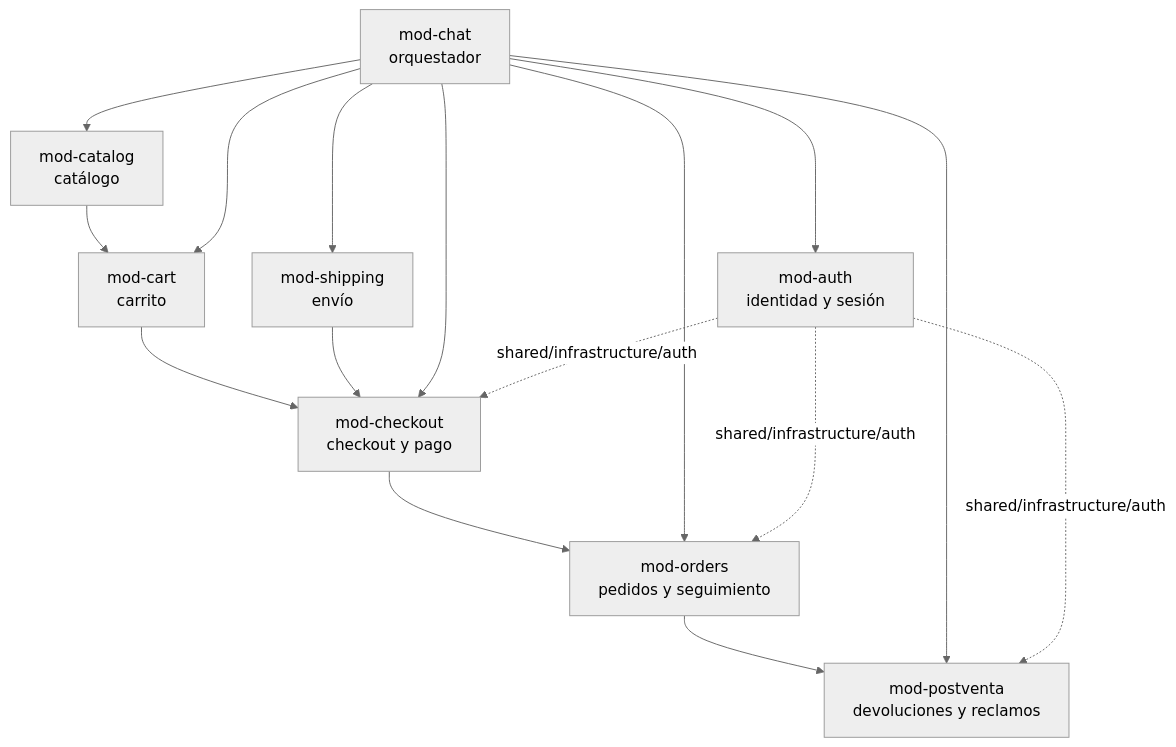
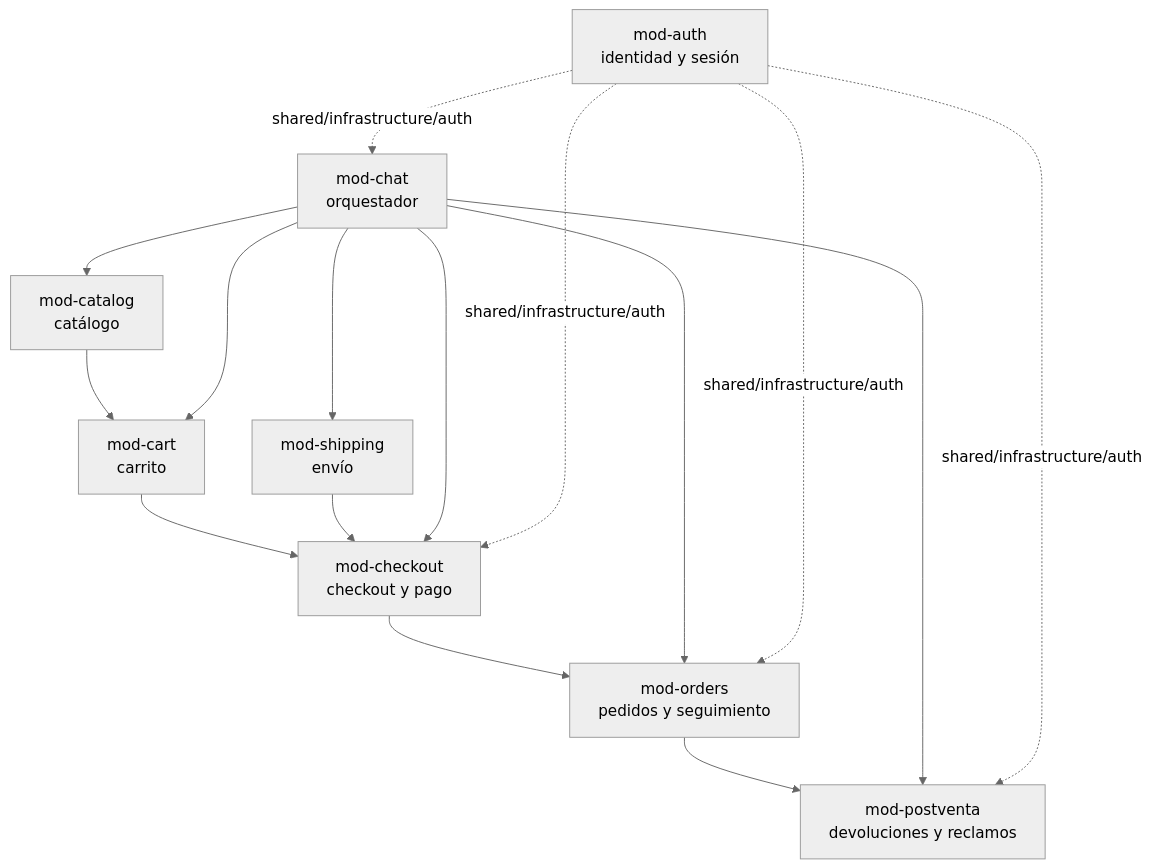
The diagram in docs/arquitectura/modularizacion.md (Taller-SW-Web/G3-Chatbot-specs), drawn with Mermaid (neutral theme) before and after one commit. The commit also changed other lines of this file and 1 other file, not shown here.

Commit message:
docs(arquitectura): aclara auth transversal y dependencias reales de mod-chat

````diff
--- a/docs/arquitectura/modularizacion.md
+++ b/docs/arquitectura/modularizacion.md
@@ -64,29 +64,29 @@
 ```mermaid
 graph TD
     auth["mod-auth<br/>identidad y sesión"]
     catalog["mod-catalog<br/>catálogo"]
     cart["mod-cart<br/>carrito"]
     shipping["mod-shipping<br/>envío"]
     checkout["mod-checkout<br/>checkout y pago"]
     orders["mod-orders<br/>pedidos y seguimiento"]
     postventa["mod-postventa<br/>devoluciones y reclamos"]
     chat["mod-chat<br/>orquestador"]
 
     catalog --> cart
     cart --> checkout
     shipping --> checkout
     checkout --> orders
     orders --> postventa
 
-    chat --> auth
     chat --> catalog
     chat --> cart
     chat --> shipping
     chat --> checkout
     chat --> orders
     chat --> postventa
 
+    auth -. "shared/infrastructure/auth" .-> chat
     auth -. "shared/infrastructure/auth" .-> checkout
     auth -. "shared/infrastructure/auth" .-> orders
     auth -. "shared/infrastructure/auth" .-> postventa
 ```
````
